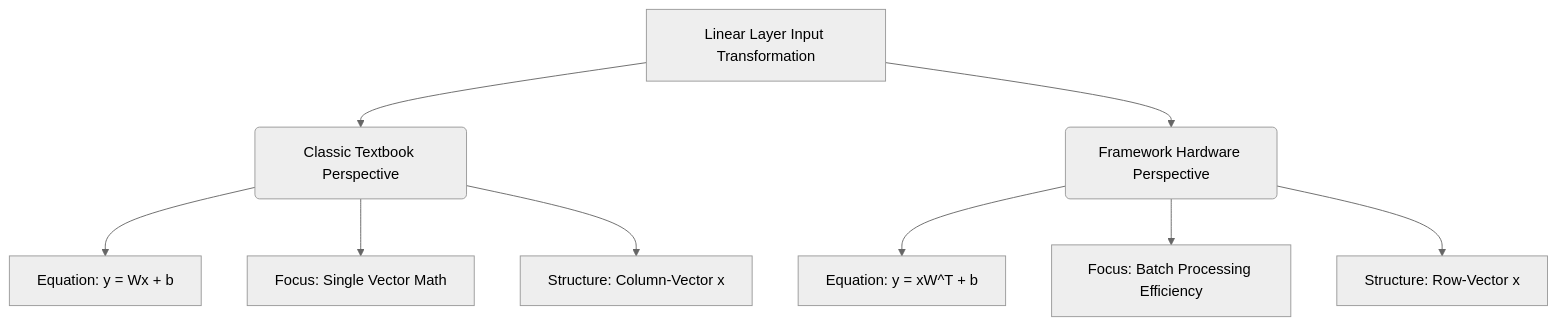
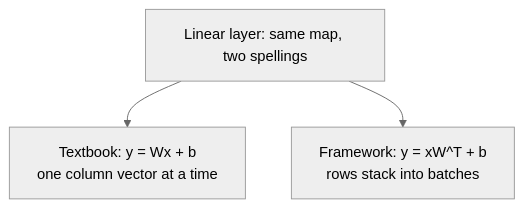
Before and after one commit to jsavinash/artificial-intelligence-study-guide: the second of 8 diagrams in docs/concepts/linear-algebra/linear-layer.md, drawn with Mermaid (neutral theme). The commit also changed other lines of this file, not shown here.

First line of the commit message:
docs(linear-layer): deep-research rewrite pass

````diff
--- a/docs/concepts/linear-algebra/linear-layer.md
+++ b/docs/concepts/linear-algebra/linear-layer.md
@@ -11,13 +30,5 @@
 ```mermaid
 graph TD
-    A[Linear Layer Input Transformation] --> B(Classic Textbook Perspective)
-    A --> C(Framework Hardware Perspective)
-
-    B --> B1["Equation: y = Wx + b"]
-    B --> B2["Focus: Single Vector Math"]
-    B --> B3["Structure: Column-Vector x"]
-
-    C --> C1["Equation: y = xW^T + b"]
-    C --> C2["Focus: Batch Processing Efficiency"]
-    C --> C3["Structure: Row-Vector x"]
+    A[Linear layer: same map, two spellings] --> B["Textbook: y = Wx + b<br/>one column vector at a time"]
+    A --> C["Framework: y = xW^T + b<br/>rows stack into batches"]
 ```
````
